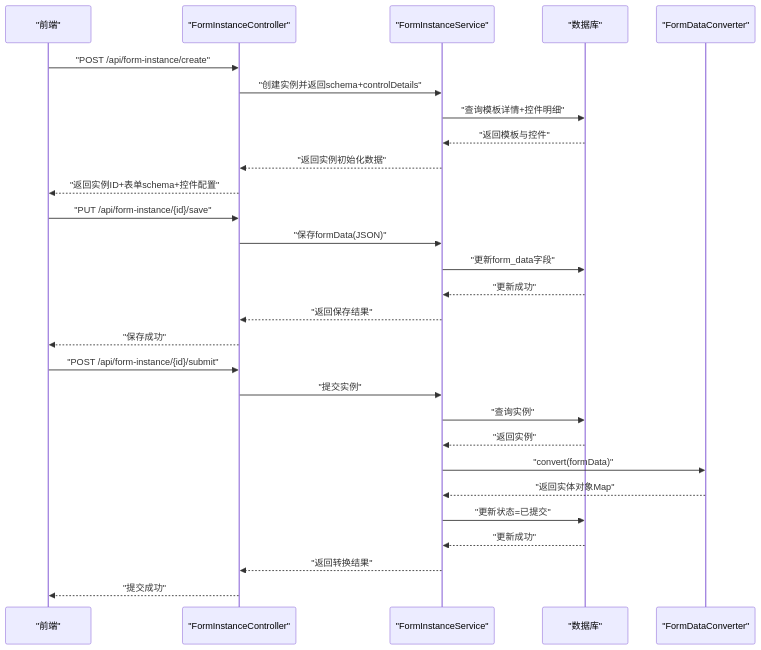
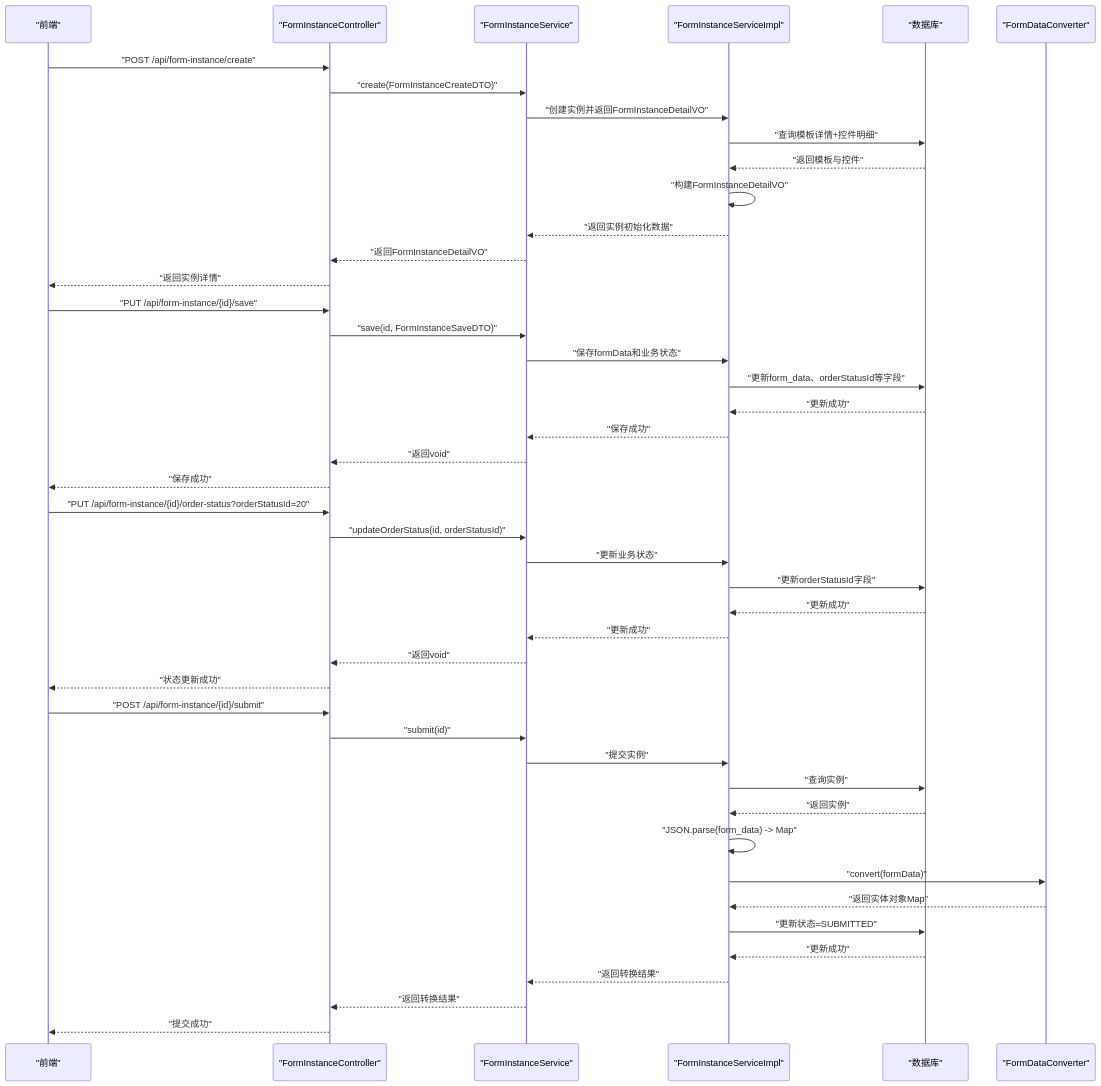
Before and after one commit to NJMrLi/genetics: the second of 6 diagrams in .qoder/repowiki/zh/content/API接口文档/服务单实例API.md, drawn with Mermaid. The commit also changed other lines of this file and 152 other files, not shown here.

````diff
--- a/.qoder/repowiki/zh/content/API接口文档/服务单实例API.md
+++ b/.qoder/repowiki/zh/content/API接口文档/服务单实例API.md
@@ -72,30 +108,47 @@
 ```mermaid
 sequenceDiagram
 participant FE as "前端"
 participant Ctrl as "FormInstanceController"
 participant Svc as "FormInstanceService"
+participant Impl as "FormInstanceServiceImpl"
 participant DB as "数据库"
 participant Conv as "FormDataConverter"
 FE->>Ctrl : "POST /api/form-instance/create"
-Ctrl->>Svc : "创建实例并返回schema+controlDetails"
-Svc->>DB : "查询模板详情+控件明细"
-DB-->>Svc : "返回模板与控件"
-Svc-->>Ctrl : "返回实例初始化数据"
-Ctrl-->>FE : "返回实例ID+表单schema+控件配置"
+Ctrl->>Svc : "create(FormInstanceCreateDTO)"
+Svc->>Impl : "创建实例并返回FormInstanceDetailVO"
+Impl->>DB : "查询模板详情+控件明细"
+DB-->>Impl : "返回模板与控件"
+Impl->>Impl : "构建FormInstanceDetailVO"
+Impl-->>Svc : "返回实例初始化数据"
+Svc-->>Ctrl : "返回FormInstanceDetailVO"
+Ctrl-->>FE : "返回实例详情"
 FE->>Ctrl : "PUT /api/form-instance/{id}/save"
-Ctrl->>Svc : "保存formData(JSON)"
-Svc->>DB : "更新form_data字段"
-DB-->>Svc : "更新成功"
-Svc-->>Ctrl : "返回保存结果"
+Ctrl->>Svc : "save(id, FormInstanceSaveDTO)"
+Svc->>Impl : "保存formData和业务状态"
+Impl->>DB : "更新form_data、orderStatusId等字段"
+DB-->>Impl : "更新成功"
+Impl-->>Svc : "保存成功"
+Svc-->>Ctrl : "返回void"
 Ctrl-->>FE : "保存成功"
+FE->>Ctrl : "PUT /api/form-instance/{id}/order-status?orderStatusId=20"
+Ctrl->>Svc : "updateOrderStatus(id, orderStatusId)"
+Svc->>Impl : "更新业务状态"
+Impl->>DB : "更新orderStatusId字段"
+DB-->>Impl : "更新成功"
+Impl-->>Svc : "更新成功"
+Svc-->>Ctrl : "返回void"
+Ctrl-->>FE : "状态更新成功"
 FE->>Ctrl : "POST /api/form-instance/{id}/submit"
-Ctrl->>Svc : "提交实例"
-Svc->>DB : "查询实例"
-DB-->>Svc : "返回实例"
-Svc->>Conv : "convert(formData)"
-Conv-->>Svc : "返回实体对象Map"
-Svc->>DB : "更新状态=已提交"
-DB-->>Svc : "更新成功"
+Ctrl->>Svc : "submit(id)"
+Svc->>Impl : "提交实例"
+Impl->>DB : "查询实例"
+DB-->>Impl : "返回实例"
+Impl->>Impl : "JSON.parse(form_data) -> Map"
+Impl->>Conv : "convert(formData)"
+Conv-->>Impl : "返回实体对象Map"
+Impl->>DB : "更新状态=SUBMITTED"
+DB-->>Impl : "更新成功"
+Impl-->>Svc : "返回转换结果"
 Svc-->>Ctrl : "返回转换结果"
 Ctrl-->>FE : "提交成功"
 ```
````
